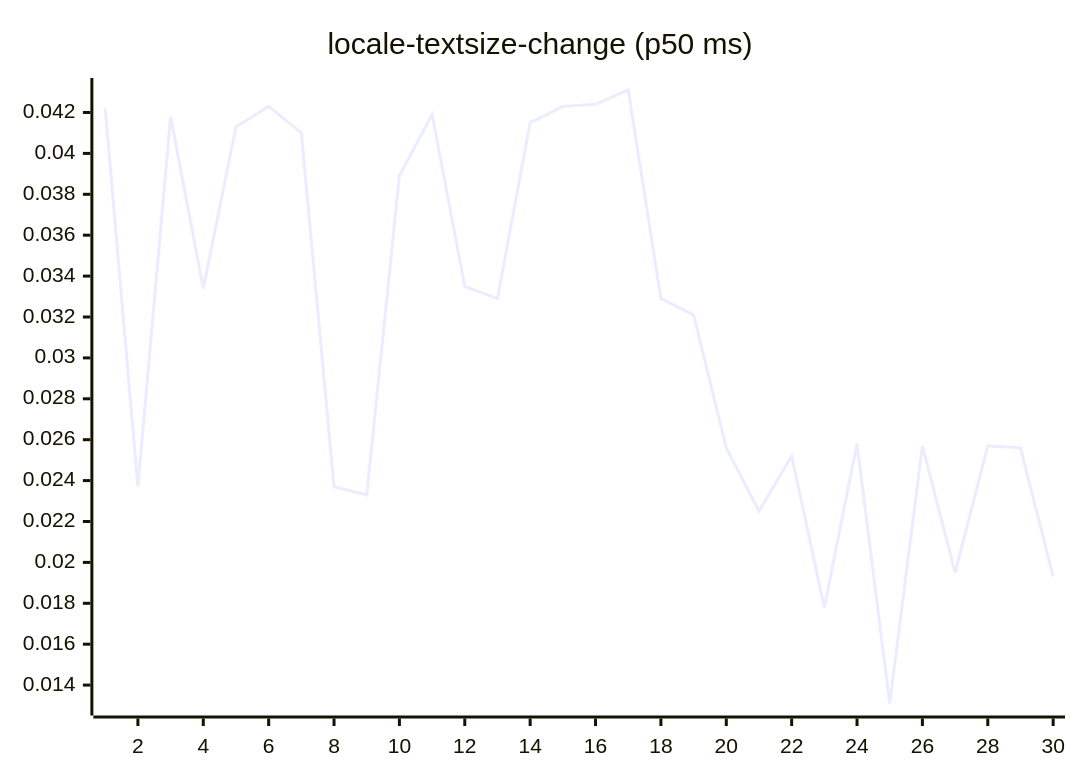
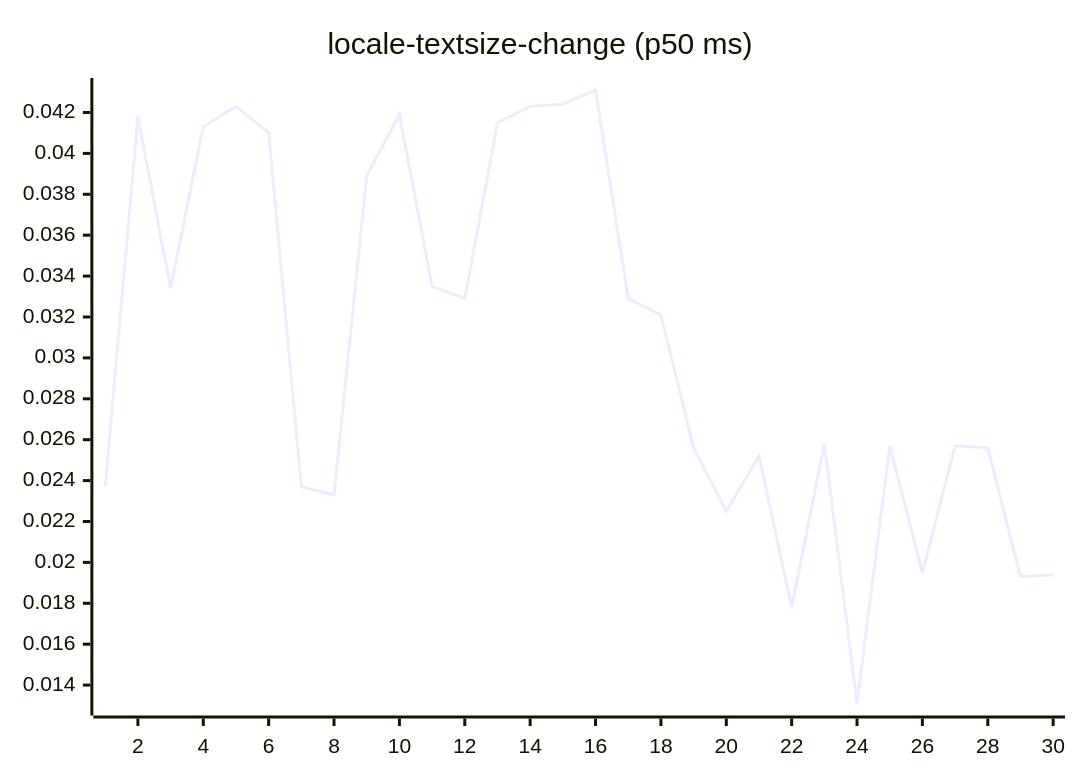
One commit to josha/Facet changed diagram 13 of 27 in README.md. Above: the diagram before and after it, drawn with Mermaid. The commit also changed other lines of this file and 2 other files, not shown here.

````diff
--- a/README.md
+++ b/README.md
@@ -147,6 +147,6 @@
 ```mermaid
 xychart-beta
     title "locale-textsize-change (p50 ms)"
     x-axis 1 --> 30
-    line [0.0422, 0.0237, 0.0418, 0.0334, 0.0413, 0.0423, 0.0410, 0.0237, 0.0233, 0.0389, 0.0419, 0.0335, 0.0329, 0.0415, 0.0423, 0.0424, 0.0431, 0.0329, 0.0321, 0.0256, 0.0225, 0.0252, 0.0178, 0.0258, 0.0131, 0.0257, 0.0195, 0.0257, 0.0256, 0.0193]
+    line [0.0237, 0.0418, 0.0334, 0.0413, 0.0423, 0.0410, 0.0237, 0.0233, 0.0389, 0.0419, 0.0335, 0.0329, 0.0415, 0.0423, 0.0424, 0.0431, 0.0329, 0.0321, 0.0256, 0.0225, 0.0252, 0.0178, 0.0258, 0.0131, 0.0257, 0.0195, 0.0257, 0.0256, 0.0193, 0.0194]
 ```
````
